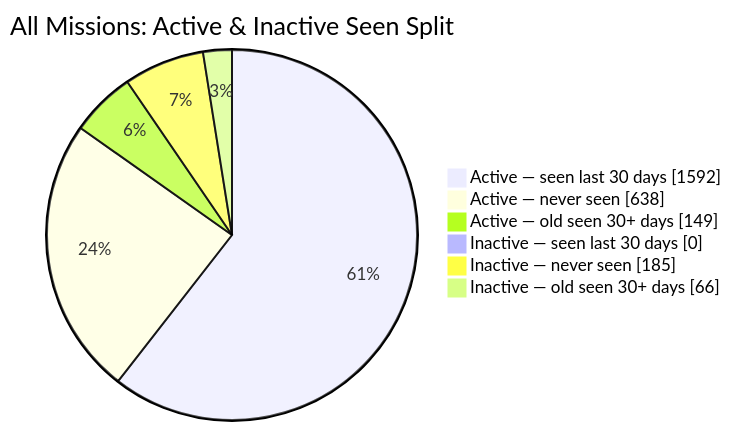
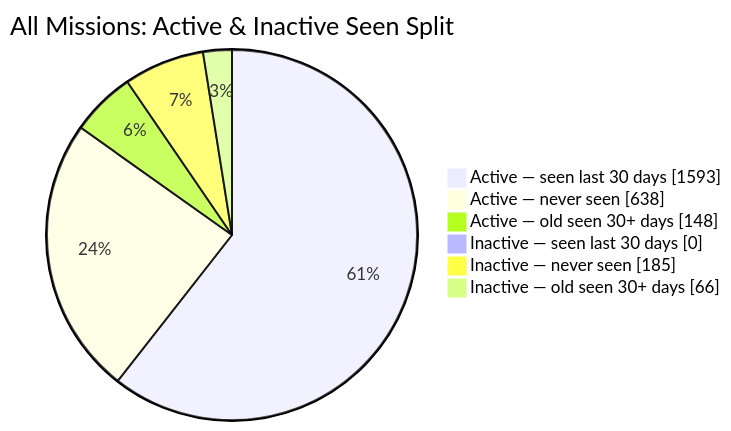
The second of 2 diagrams in README.md (MeldkamerspelGameTeam/active-missions), drawn with Mermaid before and after one commit. The commit also changed other lines of this file and 2 other files, not shown here.

````diff
--- a/README.md
+++ b/README.md
@@ -44,10 +44,10 @@
 ```mermaid
 pie showData
     title All Missions: Active & Inactive Seen Split
-    "Active — seen last 30 days" : 1592
+    "Active — seen last 30 days" : 1593
     "Active — never seen" : 638
-    "Active — old seen 30+ days" : 149
+    "Active — old seen 30+ days" : 148
     "Inactive — seen last 30 days" : 0
     "Inactive — never seen" : 185
     "Inactive — old seen 30+ days" : 66
 ```
````
